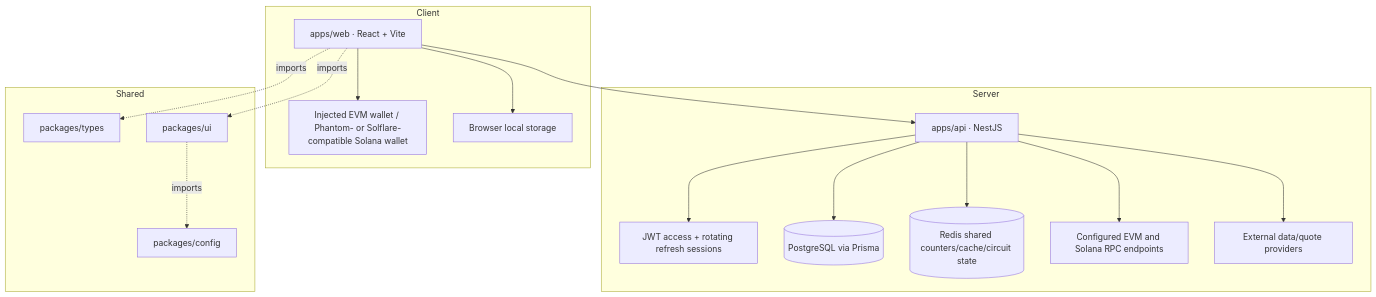
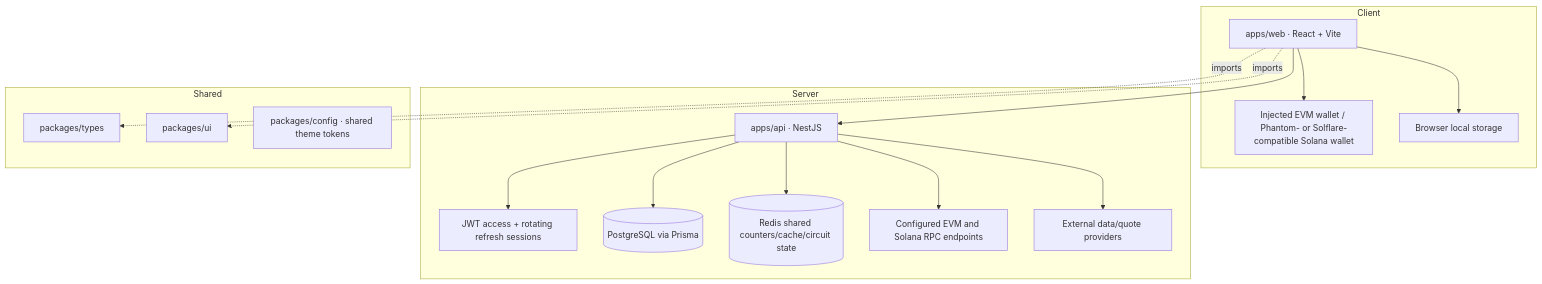
The diagram in docs/ARCHITECTURE.md (SolanaRemix/next), drawn with Mermaid before and after one commit. The commit also changed other lines of this file and 5 other files, not shown here.

````diff
--- a/docs/ARCHITECTURE.md
+++ b/docs/ARCHITECTURE.md
@@ -5,32 +5,31 @@
 ```mermaid
 flowchart TB
   subgraph Client
     Web["apps/web · React + Vite"]
     Wallet["Injected EVM wallet / Phantom- or Solflare-compatible Solana wallet"]
     BrowserData["Browser local storage"]
   end
   subgraph Server
     API["apps/api · NestJS"]
     Auth["JWT access + rotating refresh sessions"]
     DB[("PostgreSQL via Prisma")]
     Redis[("Redis shared counters/cache/circuit state")]
     RPC["Configured EVM and Solana RPC endpoints"]
     External["External data/quote providers"]
   end
   subgraph Shared
     Types["packages/types"]
     UI["packages/ui"]
-    Config["packages/config"]
+    Config["packages/config · shared theme tokens"]
   end
   Web --> API
   Web --> Wallet
   Web --> BrowserData
   API --> Auth
   API --> DB
   API --> Redis
   API --> RPC
   API --> External
   Web -. imports .-> Types
   Web -. imports .-> UI
-  UI -. imports .-> Config
 ```
````
